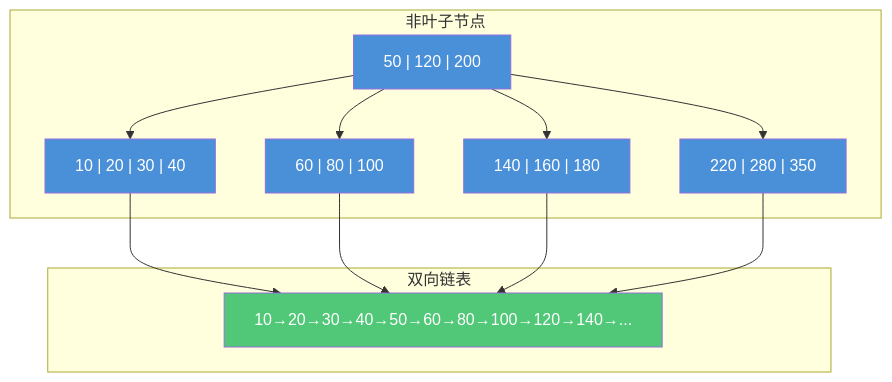
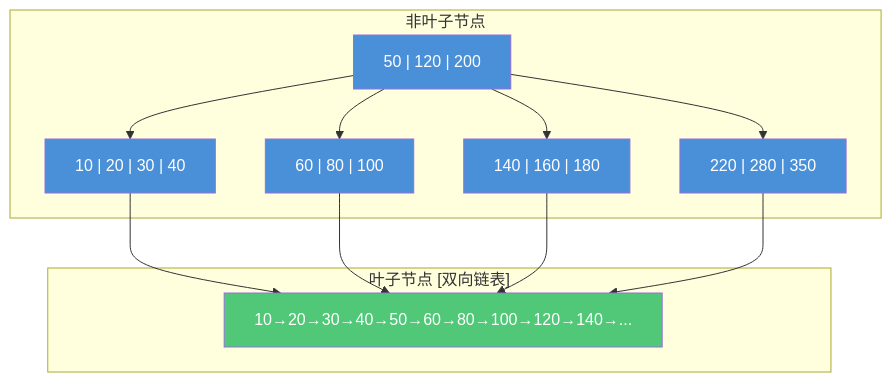
One commit to kane201x/javadoc changed the first of 20 diagrams in 08-mysql/README.md. Above: the diagram before and after it, drawn with Mermaid. The commit also changed other lines of this file and 12 other files, not shown here.

First line of the commit message:
fix: correct mermaid diagram syntax across all modules

````diff
--- a/08-mysql/README.md
+++ b/08-mysql/README.md
@@ -97,30 +97,30 @@
 ```mermaid
 graph TD
-    subgraph 非叶子节点
+    subgraph non_leaf["非叶子节点"]
         A["50 | 120 | 200"]
         B["10 | 20 | 30 | 40"]
         C["60 | 80 | 100"]
         D["140 | 160 | 180"]
         E["220 | 280 | 350"]
     end
 
-    subgraph 叶子节点[双向链表]
+    subgraph leaf["叶子节点 [双向链表]"]
         F["10→20→30→40→50→60→80→100→120→140→..."]
     end
 
     A --> B
     A --> C
     A --> D
     A --> E
     B --> F
     C --> F
     D --> F
     E --> F
 
     style A fill:#4a90d9,color:#fff
     style B fill:#4a90d9,color:#fff
     style C fill:#4a90d9,color:#fff
     style D fill:#4a90d9,color:#fff
     style E fill:#4a90d9,color:#fff
     style F fill:#50c878,color:#fff
 ```
````
